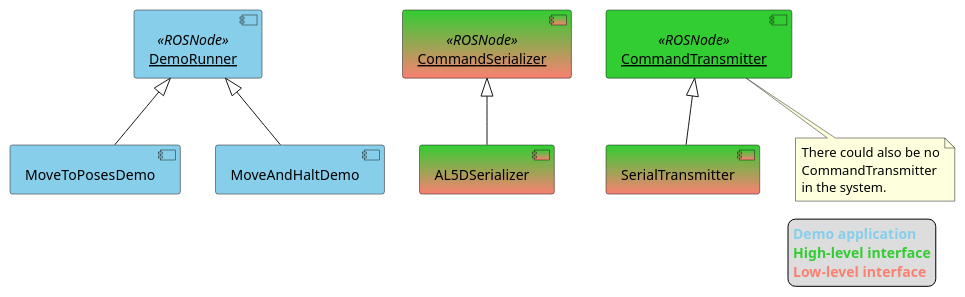
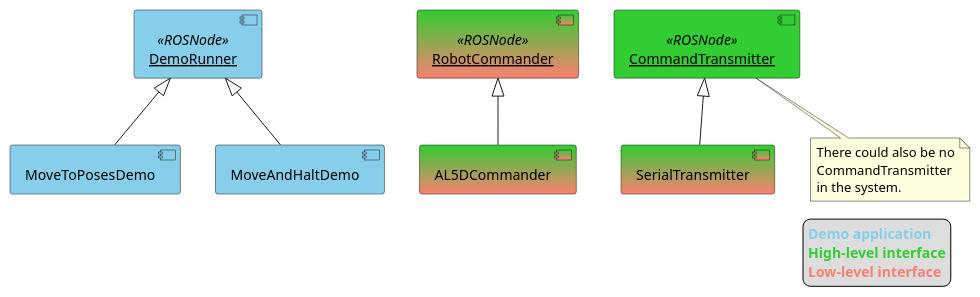
One commit to bscp/al5d_cpp changed the diagram in doc/component_diagram_implementations.puml. Above: the diagram before and after it, drawn with PlantUML. The commit also changed 3 other files, not shown here.

Commit message:
Update UML diagrams

```diff
--- a/doc/component_diagram_implementations.puml
+++ b/doc/component_diagram_implementations.puml
@@ -1,25 +1,25 @@
 @startuml
 
 component "<u>DemoRunner</u>" <<ROSNode>> as DemoRunner #SkyBlue
-component "<u>CommandSerializer</u>" <<ROSNode>> as CommandSerializer #LimeGreen-Salmon
+component "<u>RobotCommander</u>" <<ROSNode>> as RobotCommander #LimeGreen-Salmon
 component "<u>CommandTransmitter</u>" <<ROSNode>> as CommandTransmitter #LimeGreen
 
 component MoveToPosesDemo #SkyBlue
 component MoveAndHaltDemo #SkyBlue
-component AL5DSerializer #LimeGreen-Salmon
+component AL5DCommander #LimeGreen-Salmon
 component SerialTransmitter #LimeGreen-Salmon
 
 note bottom of CommandTransmitter : There could also be no\nCommandTransmitter\nin the system.
 
 DemoRunner <|-- MoveToPosesDemo
 DemoRunner <|-- MoveAndHaltDemo
-CommandSerializer <|-- AL5DSerializer
+RobotCommander <|-- AL5DCommander
 CommandTransmitter <|-- SerialTransmitter
 
 legend right
   <b><color:SkyBlue>Demo application</color></b>
   <b><color:LimeGreen>High-level interface</color></b>
   <b><color:Salmon>Low-level interface</color></b>
 endlegend
 
 @enduml
```
